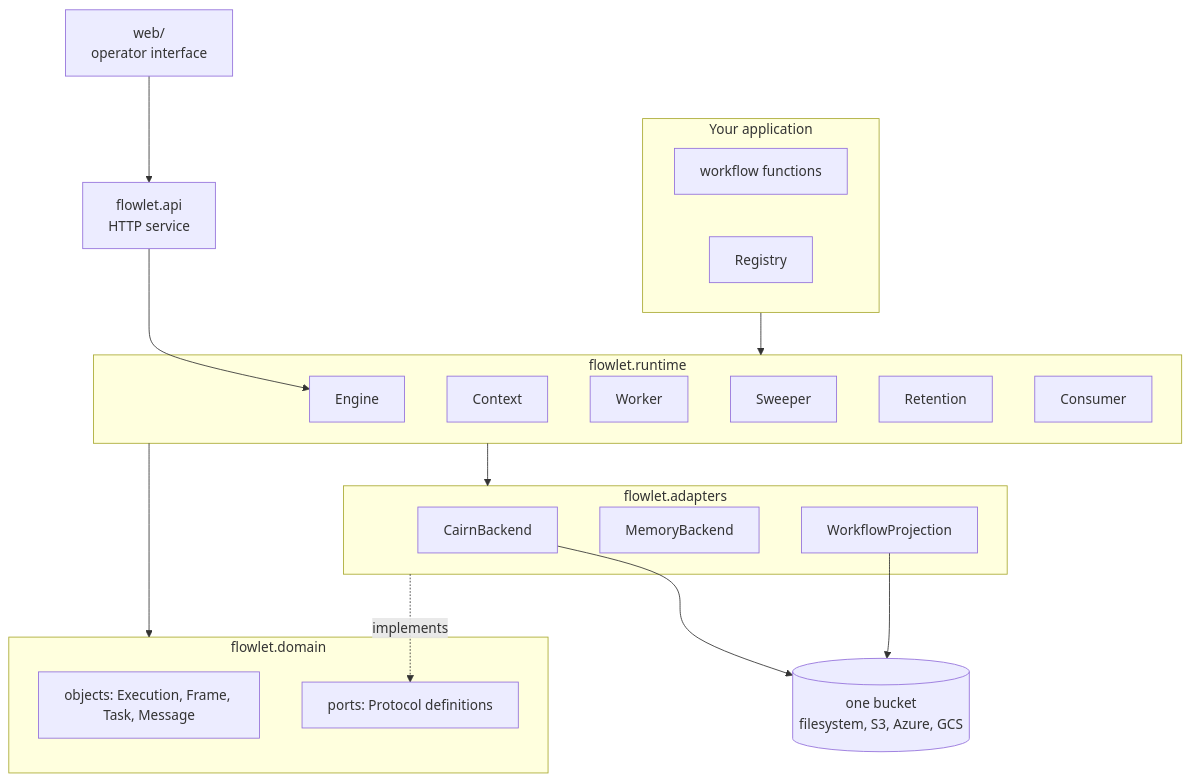
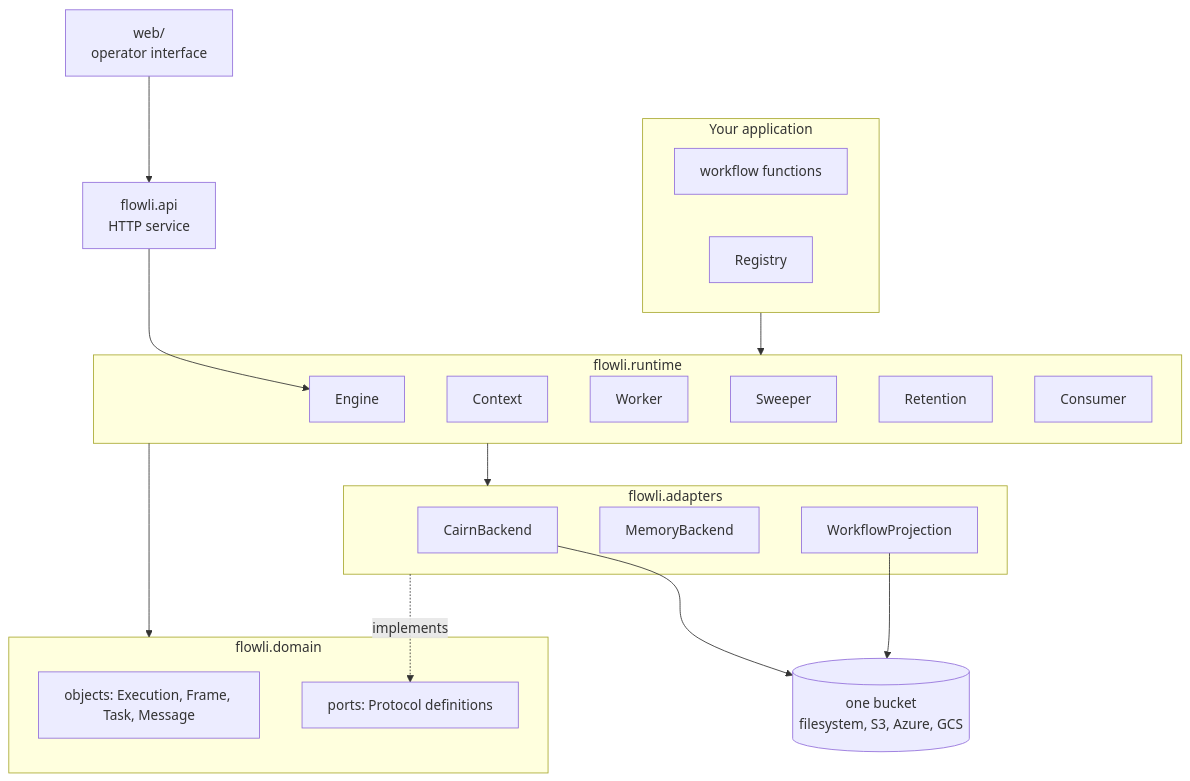
Before and after one commit to Quadratic-Labs/flowli: the first of 3 diagrams in docs/architecture.md, drawn with Mermaid. The commit also changed other lines of this file and 227 other files, not shown here.

````diff
--- a/docs/architecture.md
+++ b/docs/architecture.md
@@ -8,32 +8,32 @@
 ```mermaid
 flowchart TB
     subgraph app[Your application]
         W[workflow functions]
         R[Registry]
     end
-    subgraph runtime[flowlet.runtime]
+    subgraph runtime[flowli.runtime]
         E[Engine]
         C[Context]
         WK[Worker]
         SW[Sweeper]
         RT[Retention]
         CO[Consumer]
     end
-    subgraph domain[flowlet.domain]
+    subgraph domain[flowli.domain]
         M[objects: Execution, Frame, Task, Message]
         P[ports: Protocol definitions]
     end
-    subgraph adapters[flowlet.adapters]
+    subgraph adapters[flowli.adapters]
         CB[CairnBackend]
         MB[MemoryBackend]
         PR[WorkflowProjection]
     end
     B[(one bucket<br/>filesystem, S3, Azure, GCS)]
-    API[flowlet.api<br/>HTTP service] --> E
+    API[flowli.api<br/>HTTP service] --> E
     WEB[web/<br/>operator interface] --> API
     app --> runtime --> domain
     runtime --> adapters
     adapters -.implements.-> P
     CB --> B
     PR --> B
 ```
````
